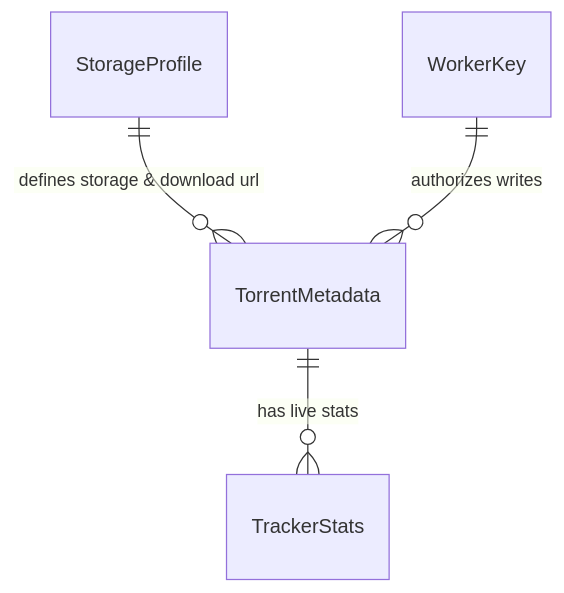
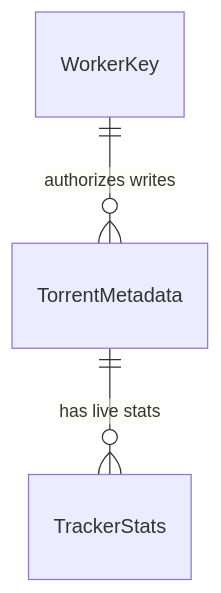
The second of 2 diagrams in .specs/features/core-resolution/plan.md (dougppaz/torrent-stats), drawn with Mermaid before and after one commit. The commit also changed other lines of this file and 1 other file, not shown here.

Commit message:
docs: update feature plan and tasks with latest architecture decisions (couchdb-python, snake_case, storage_params, salted worker keys)

````diff
--- a/.specs/features/core-resolution/plan.md
+++ b/.specs/features/core-resolution/plan.md
@@ -46,6 +46,5 @@
 ```mermaid
 erDiagram
     TorrentMetadata ||--o{ TrackerStats : "has live stats"
-    StorageProfile ||--o{ TorrentMetadata : "defines storage & download url"
     WorkerKey ||--o{ TorrentMetadata : "authorizes writes"
 ```
````
